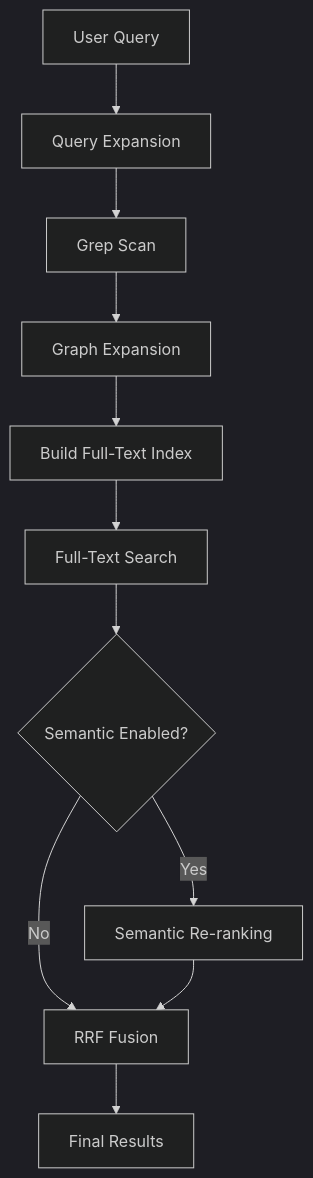
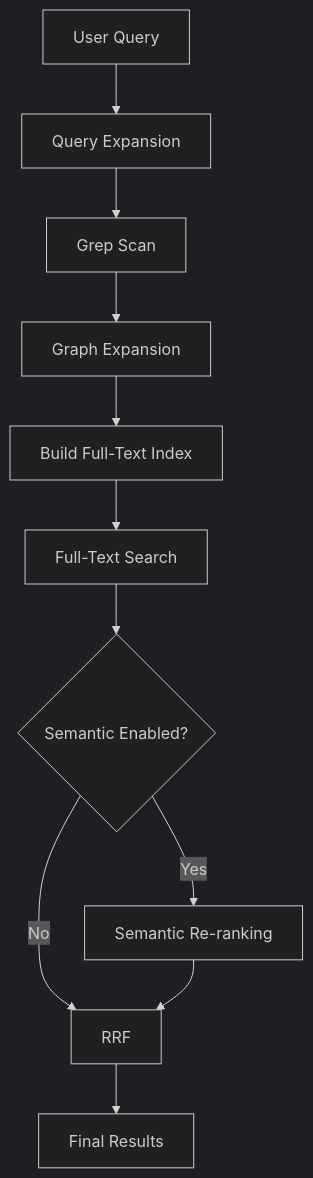
Before and after one commit to logancyang/obsidian-copilot: the diagram in src/search/v3/README.md, drawn with Mermaid (dark theme). The commit also changed other lines of this file and 13 other files, not shown here.

````diff
--- a/src/search/v3/README.md
+++ b/src/search/v3/README.md
@@ -73,13 +85,13 @@
 ```mermaid
 graph TD
     A[User Query] --> B[Query Expansion]
     B --> C[Grep Scan]
     C --> D[Graph Expansion]
     D --> E[Build Full-Text Index]
     E --> F[Full-Text Search]
     F --> G{Semantic Enabled?}
     G -->|Yes| H[Semantic Re-ranking]
-    G -->|No| I[RRF Fusion]
+    G -->|No| I[RRF]
     H --> I
     I --> J[Final Results]
 ```
````
